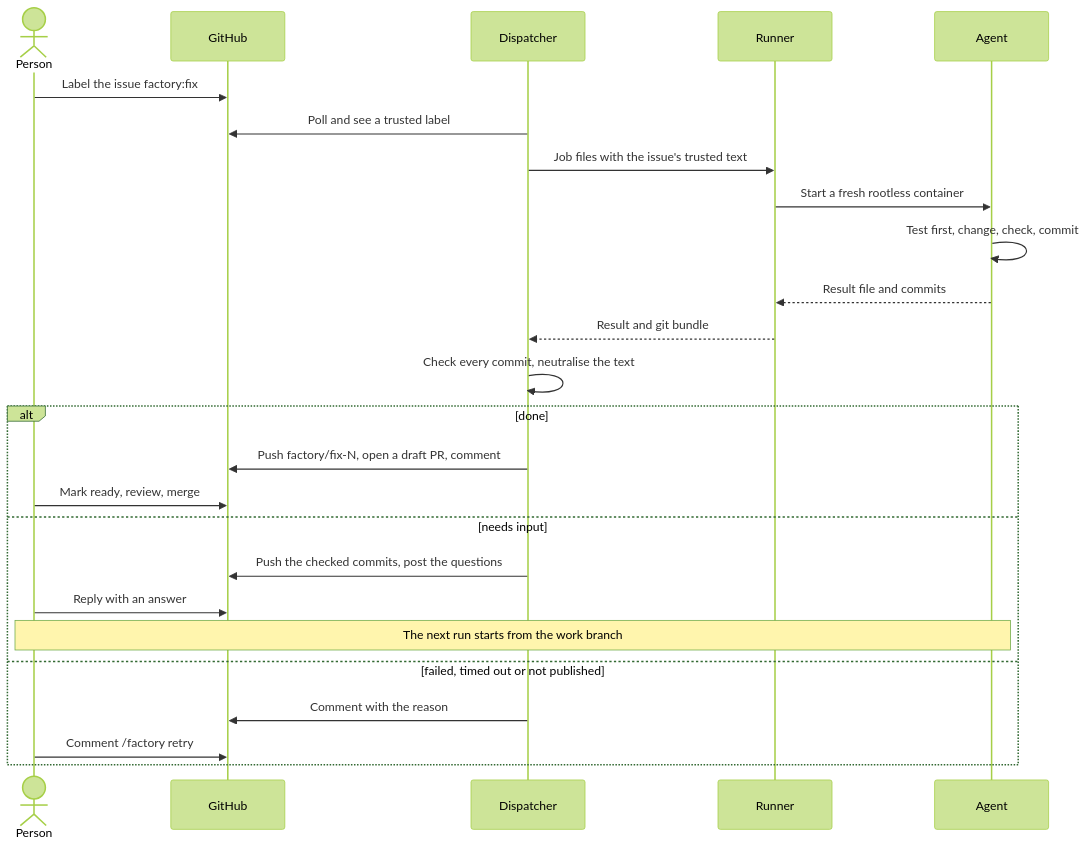
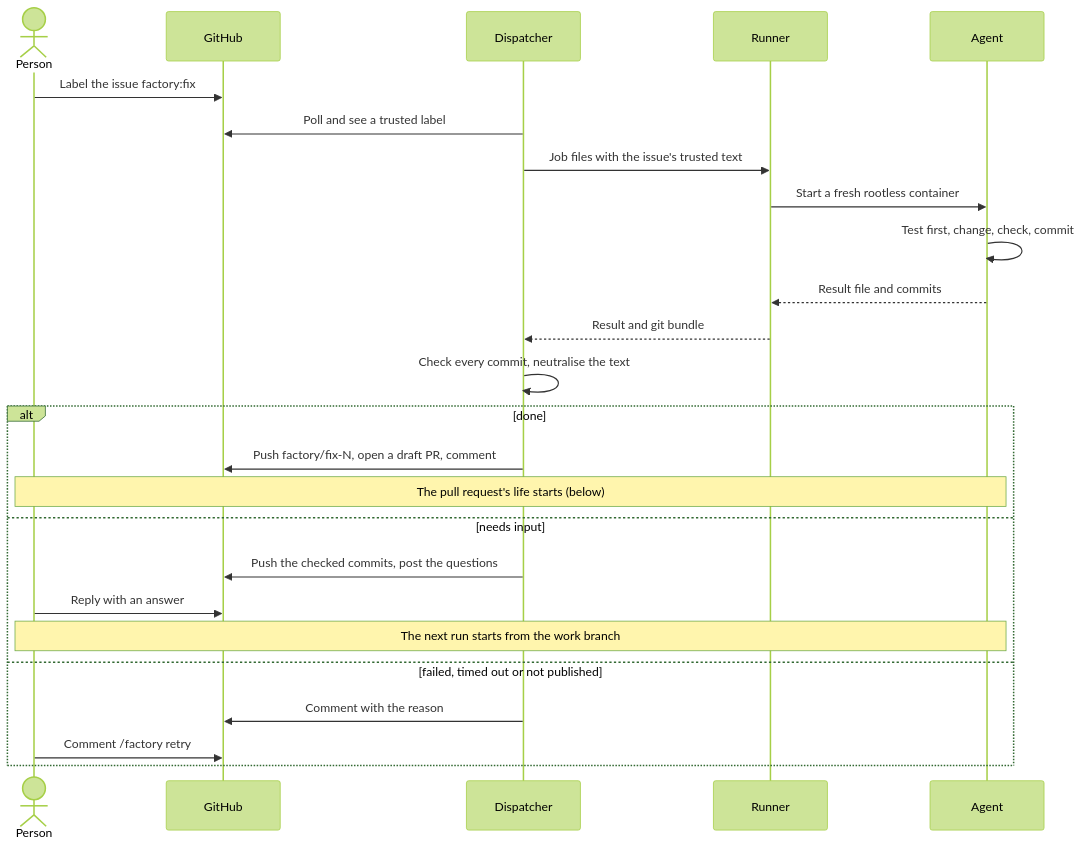
The second of 4 diagrams in README.md (Marfusios/ai-apps), drawn with Mermaid (forest theme) before and after one commit. The commit also changed other lines of this file, not shown here.

Commit message:
Show checks, the second-model review, fix rounds, the hand-off and revise runs as built in the README, with a diagram of a pull request's life

````diff
--- a/README.md
+++ b/README.md
@@ -116,27 +116,27 @@
 ```mermaid
 sequenceDiagram
     actor P as Person
     participant G as GitHub
     participant D as Dispatcher
     participant R as Runner
     participant A as Agent
     P->>G: Label the issue factory:fix
     D->>G: Poll and see a trusted label
     D->>R: Job files with the issue's trusted text
     R->>A: Start a fresh rootless container
     A->>A: Test first, change, check, commit
     A-->>R: Result file and commits
     R-->>D: Result and git bundle
     D->>D: Check every commit, neutralise the text
     alt done
         D->>G: Push factory/fix-N, open a draft PR, comment
-        P->>G: Mark ready, review, merge
+        Note over P,A: The pull request's life starts (below)
     else needs input
         D->>G: Push the checked commits, post the questions
         P->>G: Reply with an answer
         Note over P,A: The next run starts from the work branch
     else failed, timed out or not published
         D->>G: Comment with the reason
         P->>G: Comment /factory retry
     end
 ```
````
